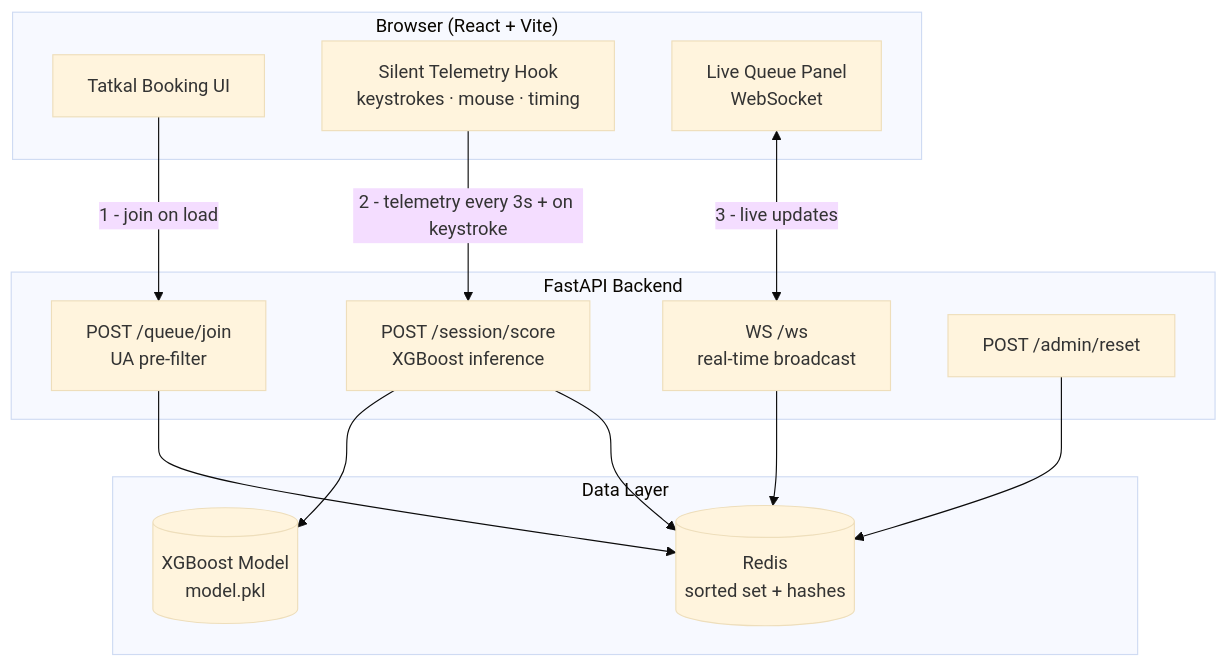
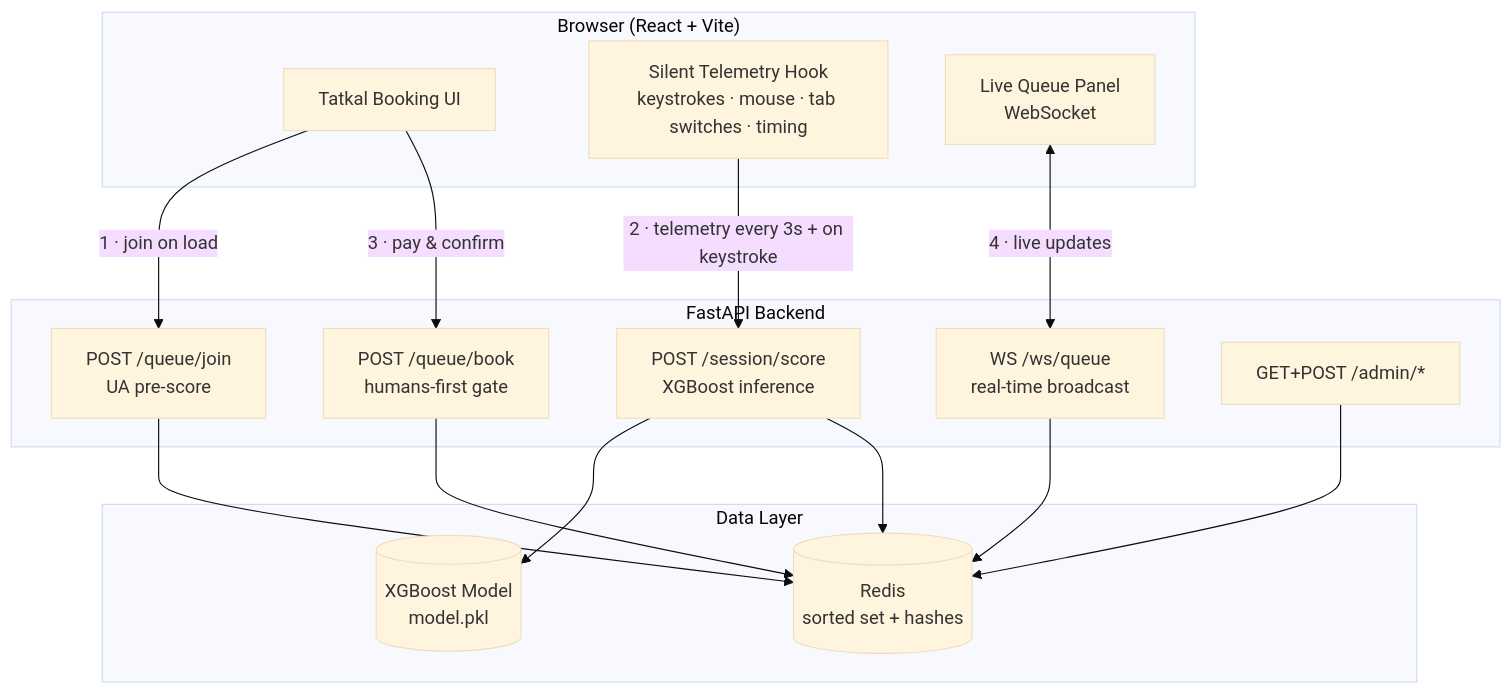
One commit to thulasiramk-2310/FAIRTATKAL changed the first of 4 diagrams in README.md. Above: the diagram before and after it, drawn with Mermaid (base theme). The commit also changed other lines of this file, not shown here.

Commit message:
docs: rewrite README to match current system — bots-in-queue model, accurate flow diagrams, updated API

````diff
--- a/README.md
+++ b/README.md
@@ -51,29 +52,32 @@
 ```mermaid
 graph TB
     subgraph Browser["Browser (React + Vite)"]
         UI[Tatkal Booking UI]
-        TEL[Silent Telemetry Hook<br/>keystrokes · mouse · timing]
+        TEL[Silent Telemetry Hook<br/>keystrokes · mouse · tab switches · timing]
         QP[Live Queue Panel<br/>WebSocket]
     end
 
     subgraph Backend["FastAPI Backend"]
-        JOIN[POST /queue/join<br/>UA pre-filter]
+        JOIN[POST /queue/join<br/>UA pre-score]
         SCORE[POST /session/score<br/>XGBoost inference]
-        WS[WS /ws<br/>real-time broadcast]
-        ADMIN[POST /admin/reset]
+        BOOK[POST /queue/book<br/>humans-first gate]
+        WS[WS /ws/queue<br/>real-time broadcast]
+        ADMIN[GET+POST /admin/*]
     end
 
     subgraph Store["Data Layer"]
         REDIS[(Redis<br/>sorted set + hashes)]
         MODEL[(XGBoost Model<br/>model.pkl)]
     end
 
-    UI -->|1 - join on load| JOIN
-    TEL -->|2 - telemetry every 3s + on keystroke| SCORE
-    QP <-->|3 - live updates| WS
+    UI -->|1 · join on load| JOIN
+    TEL -->|2 · telemetry every 3s + on keystroke| SCORE
+    UI -->|3 · pay & confirm| BOOK
+    QP <-->|4 · live updates| WS
     JOIN --> REDIS
     SCORE --> MODEL
     SCORE --> REDIS
+    BOOK --> REDIS
     WS --> REDIS
     ADMIN --> REDIS
 ```
````
